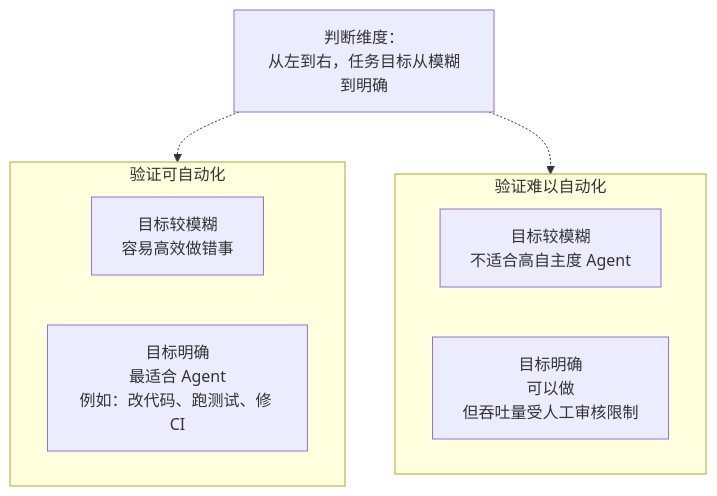
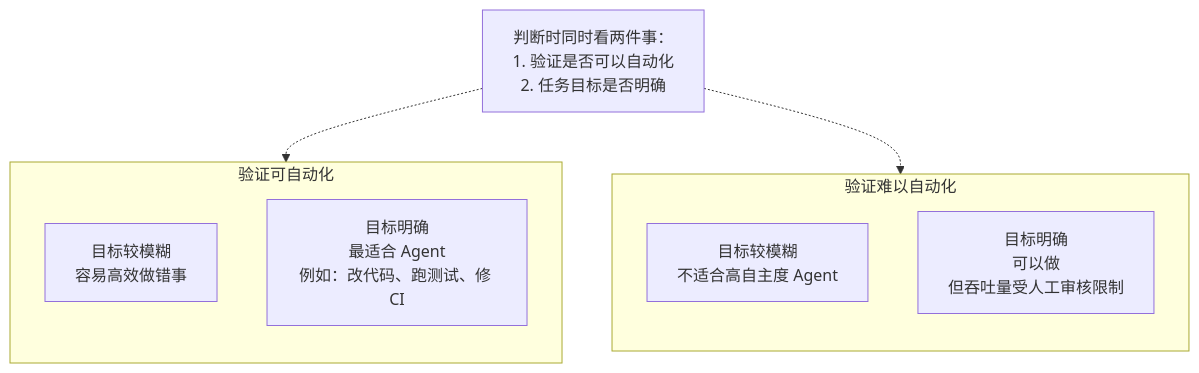
Before and after one commit to liuqitoday/personal-blog: the first of 8 diagrams in src/content/blog/ai-agent-chatbot-to-coding-agent.md, drawn with Mermaid. The commit also changed other lines of this file, not shown here.

Commit message:
Clarify AI agent decision diagram wording

````diff
--- a/src/content/blog/ai-agent-chatbot-to-coding-agent.md
+++ b/src/content/blog/ai-agent-chatbot-to-coding-agent.md
@@ -104,19 +104,19 @@
 ```mermaid
 flowchart TB
-  note["判断维度：<br/>从左到右，任务目标从模糊到明确"]
+  note["判断时同时看两件事：<br/>1. 验证是否可以自动化<br/>2. 任务目标是否明确"]
 
-  subgraph high["验证可自动化"]
-    direction LR
+  subgraph auto["验证可自动化"]
+    direction TB
     risky["目标较模糊<br/>容易高效做错事"]
     ideal["目标明确<br/>最适合 Agent<br/>例如：改代码、跑测试、修 CI"]
   end
 
-  subgraph low["验证难以自动化"]
-    direction LR
+  subgraph hard["验证难以自动化"]
+    direction TB
     weak["目标较模糊<br/>不适合高自主度 Agent"]
     manual["目标明确<br/>可以做<br/>但吞吐量受人工审核限制"]
   end
 
-  note -.-> high
-  note -.-> low
+  note -.-> auto
+  note -.-> hard
 ```
````
